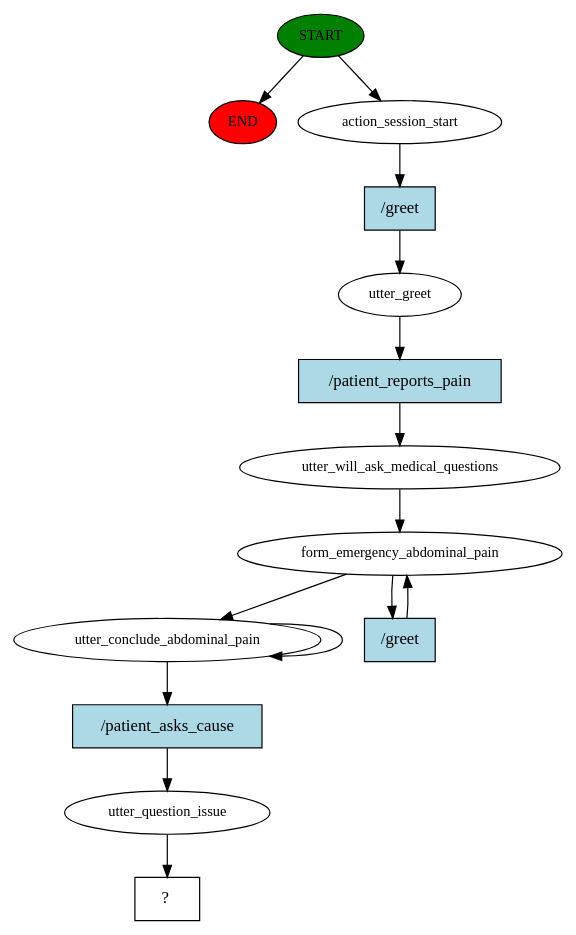
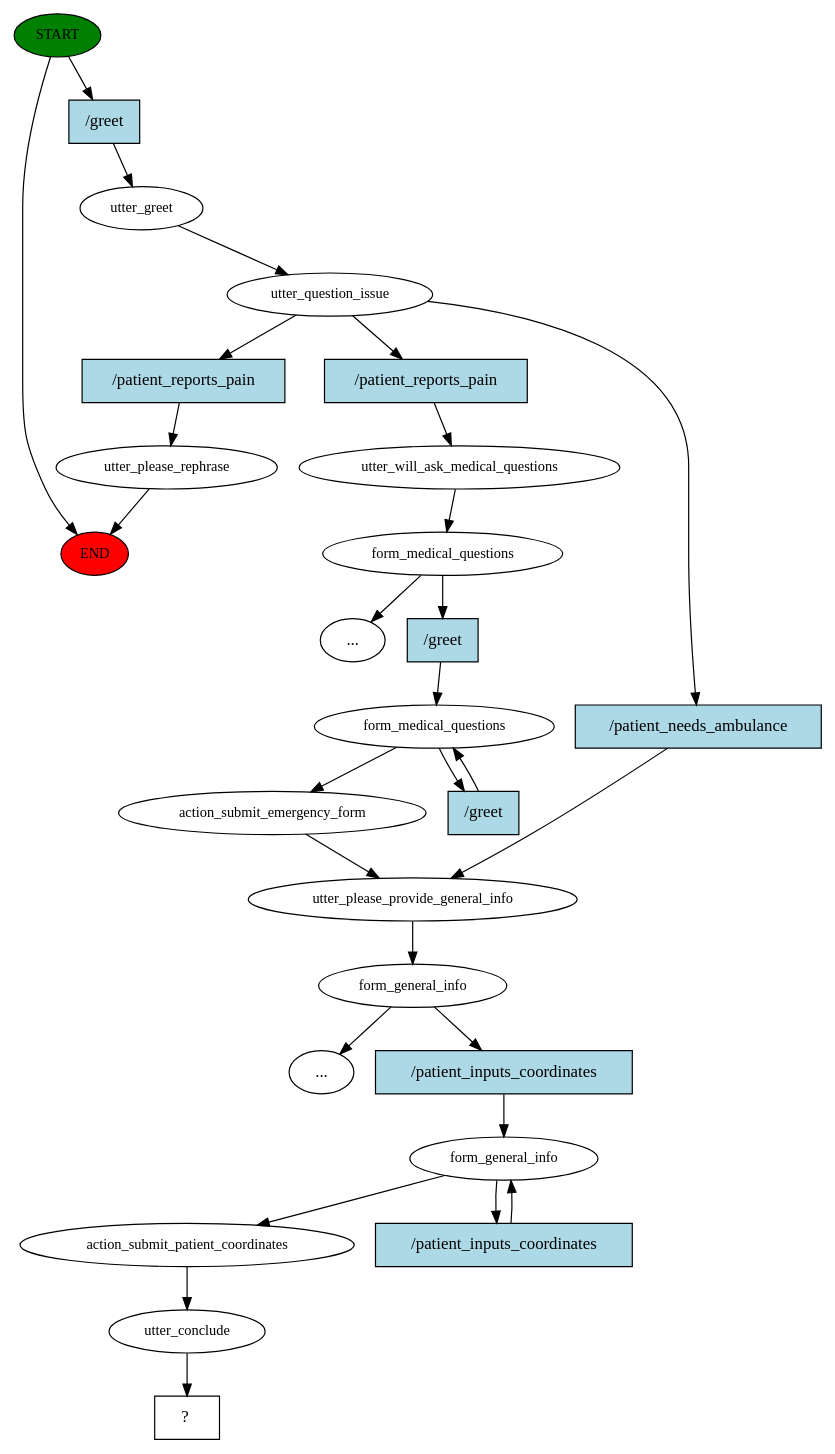
The diagram in story_graph.dot (halixness/HMD-Dispatcher), drawn with Graphviz before and after one commit. The commit also changed 6 other files, not shown here.

Commit message:
working flow, unified medical questions

```diff
--- a/story_graph.dot
+++ b/story_graph.dot
@@ -1,29 +1,55 @@
 digraph  {
 0 [class="start active", fillcolor=green, fontsize=12, label=START, style=filled];
 "-1" [class=end, fillcolor=red, fontsize=12, label=END, style=filled];
-1 [class=active, fontsize=12, label=action_session_start];
-2 [class=active, fontsize=12, label=utter_greet];
-3 [class=active, fontsize=12, label=utter_will_ask_medical_questions];
-4 [class=active, fontsize=12, label=form_emergency_abdominal_pain];
-11 [class=active, fontsize=12, label=utter_conclude_abdominal_pain];
-15 [class=active, fontsize=12, label=utter_question_issue];
-16 [class="intent dashed active", label="  ?  ", shape=rect];
-17 [class="intent active", fillcolor=lightblue, label="/greet", shape=rect, style=filled];
-18 [class="intent active", fillcolor=lightblue, label="/patient_reports_pain", shape=rect, style=filled];
-19 [class="intent active", fillcolor=lightblue, label="/greet", shape=rect, style=filled];
-20 [class="intent active", fillcolor=lightblue, label="/patient_asks_cause", shape=rect, style=filled];
+1 [class=active, fontsize=12, label=utter_greet];
+2 [class=active, fontsize=12, label=utter_question_issue];
+3 [class="", fontsize=12, label=utter_please_rephrase];
+6 [class=active, fontsize=12, label=utter_will_ask_medical_questions];
+7 [class=active, fontsize=12, label=form_medical_questions];
+"-3" [class=ellipsis, label="..."];
+10 [class=active, fontsize=12, label=utter_please_provide_general_info];
+11 [class=active, fontsize=12, label=form_general_info];
+"-4" [class=ellipsis, label="..."];
+16 [class=active, fontsize=12, label=form_medical_questions];
+26 [class=active, fontsize=12, label=action_submit_emergency_form];
+29 [class=active, fontsize=12, label=form_general_info];
+31 [class=active, fontsize=12, label=action_submit_patient_coordinates];
+32 [class=active, fontsize=12, label=utter_conclude];
+33 [class="intent dashed active", label="  ?  ", shape=rect];
+34 [class="intent active", fillcolor=lightblue, label="/greet", shape=rect, style=filled];
+35 [class=intent, fillcolor=lightblue, label="/patient_reports_pain", shape=rect, style=filled];
+36 [class="intent active", fillcolor=lightblue, label="/patient_reports_pain", shape=rect, style=filled];
+37 [class=intent, fillcolor=lightblue, label="/patient_needs_ambulance", shape=rect, style=filled];
+38 [class="intent active", fillcolor=lightblue, label="/greet", shape=rect, style=filled];
+39 [class="intent active", fillcolor=lightblue, label="/patient_inputs_coordinates", shape=rect, style=filled];
+40 [class="intent active", fillcolor=lightblue, label="/greet", shape=rect, style=filled];
+41 [class="intent active", fillcolor=lightblue, label="/patient_inputs_coordinates", shape=rect, style=filled];
 0 -> "-1"  [class="", key=NONE, label=""];
-0 -> 1  [class=active, key=NONE, label=""];
-1 -> 17  [class=active, key=0];
-2 -> 18  [class=active, key=0];
-3 -> 4  [class=active, key=NONE, label=""];
-4 -> 11  [class=active, key=NONE, label=""];
-4 -> 19  [class=active, key=0];
-11 -> 11  [class=active, key=NONE, label=""];
-11 -> 20  [class=active, key=0];
-15 -> 16  [class=active, key=NONE, label=""];
-17 -> 2  [class=active, key=0];
-18 -> 3  [class=active, key=0];
-19 -> 4  [class=active, key=0];
-20 -> 15  [class=active, key=0];
+0 -> 34  [class=active, key=0];
+1 -> 2  [class=active, key=NONE, label=""];
+2 -> 35  [class="", key=0];
+2 -> 36  [class=active, key=0];
+2 -> 37  [class="", key=0];
+3 -> "-1"  [class="", key=NONE, label=""];
+6 -> 7  [class=active, key=NONE, label=""];
+7 -> "-3"  [class="", key=NONE, label=""];
+7 -> 38  [class=active, key=0];
+10 -> 11  [class=active, key=NONE, label=""];
+11 -> "-4"  [class="", key=NONE, label=""];
+11 -> 39  [class=active, key=0];
+16 -> 26  [class=active, key=NONE, label=""];
+16 -> 40  [class=active, key=0];
+26 -> 10  [class=active, key=NONE, label=""];
+29 -> 31  [class=active, key=NONE, label=""];
+29 -> 41  [class=active, key=0];
+31 -> 32  [class=active, key=NONE, label=""];
+32 -> 33  [class=active, key=NONE, label=""];
+34 -> 1  [class=active, key=0];
+35 -> 3  [class="", key=0];
+36 -> 6  [class=active, key=0];
+37 -> 10  [class="", key=0];
+38 -> 16  [class=active, key=0];
+39 -> 29  [class=active, key=0];
+40 -> 16  [class=active, key=0];
+41 -> 29  [class=active, key=0];
 }
```
